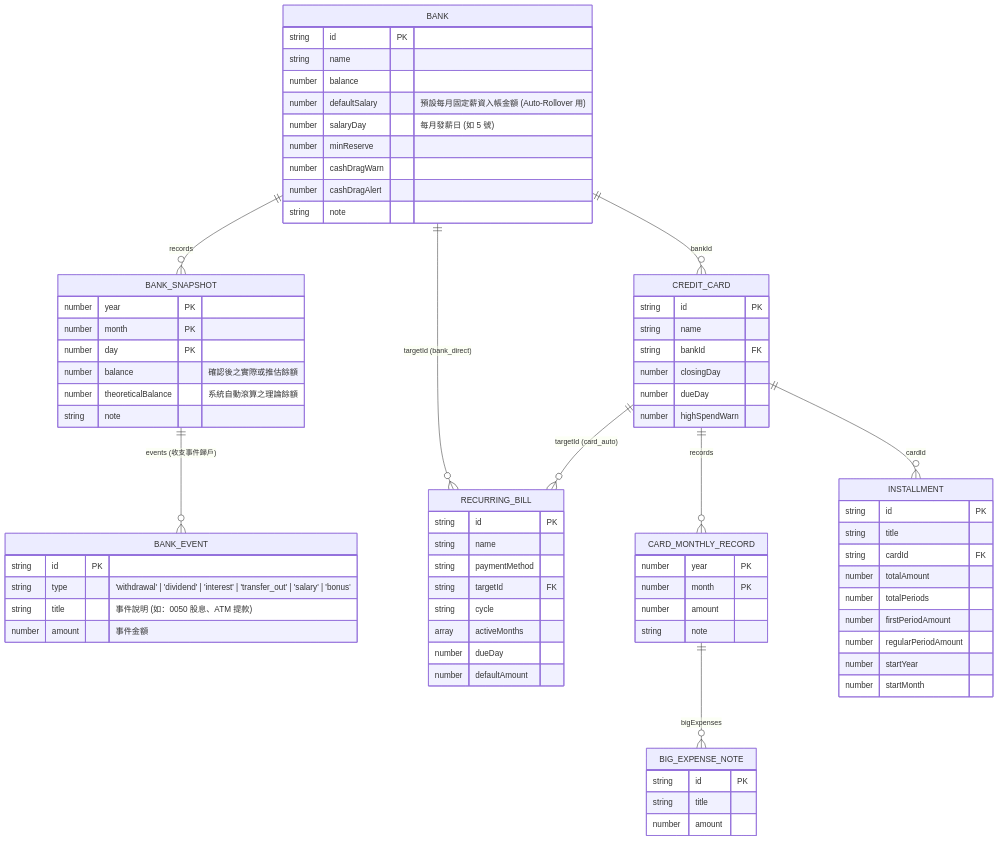
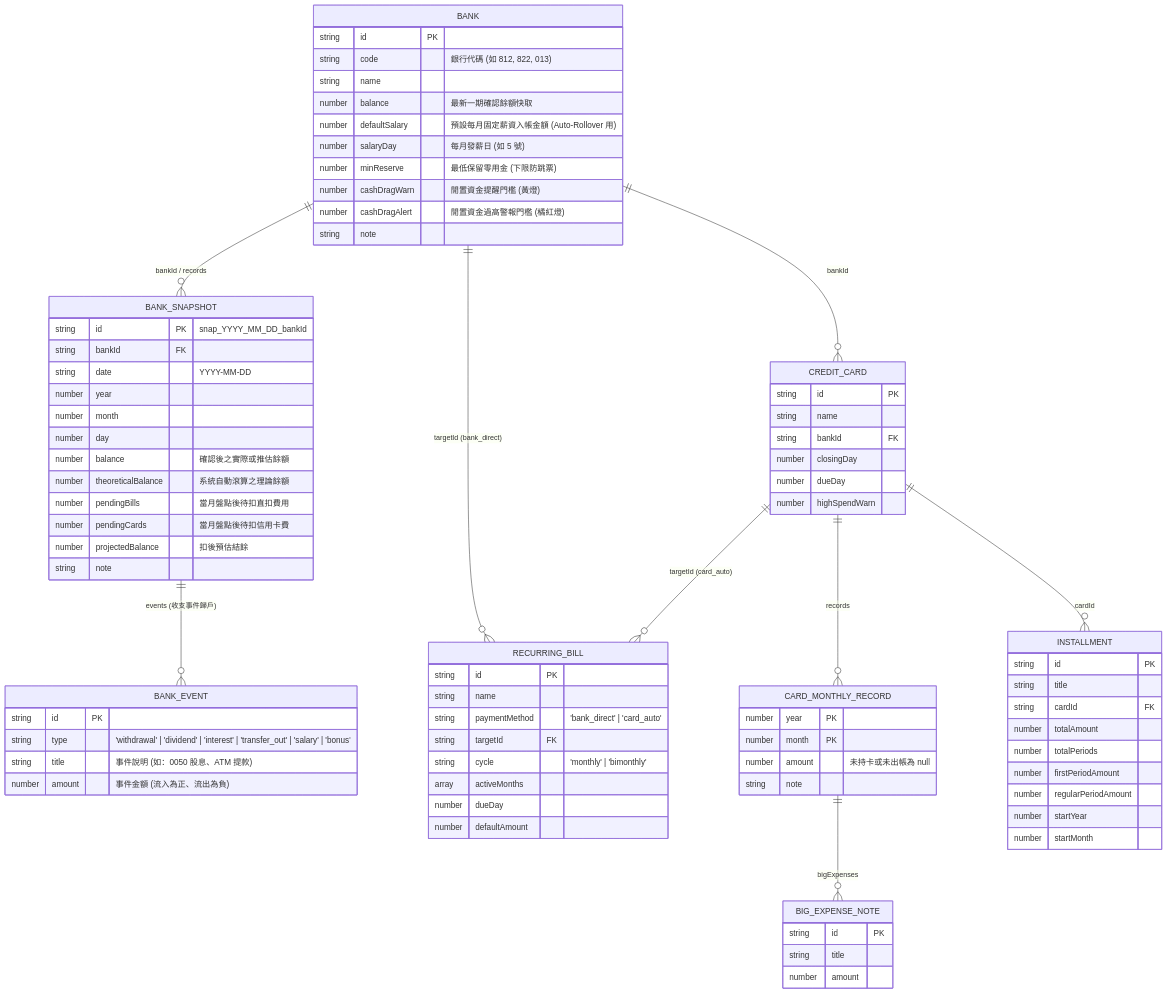
The diagram in _dev/PocketMoney/UXD.md (wiskinglin/wiskinglin.github.io), drawn with Mermaid before and after one commit. The commit also changed other lines of this file and 8 other files, not shown here.

````diff
--- a/_dev/PocketMoney/UXD.md
+++ b/_dev/PocketMoney/UXD.md
@@ -184,6 +264,6 @@
 ```mermaid
 erDiagram
-    BANK ||--o{ BANK_SNAPSHOT : "records"
+    BANK ||--o{ BANK_SNAPSHOT : "bankId / records"
     BANK_SNAPSHOT ||--o{ BANK_EVENT : "events (收支事件歸戶)"
     BANK ||--o{ CREDIT_CARD : "bankId"
     BANK ||--o{ RECURRING_BILL : "targetId (bank_direct)"
@@ -195,22 +275,29 @@
 
     BANK {
         string id PK
+        string code "銀行代碼 (如 812, 822, 013)"
         string name
-        number balance
+        number balance "最新一期確認餘額快取"
         number defaultSalary "預設每月固定薪資入帳金額 (Auto-Rollover 用)"
         number salaryDay "每月發薪日 (如 5 號)"
-        number minReserve
-        number cashDragWarn
-        number cashDragAlert
+        number minReserve "最低保留零用金 (下限防跳票)"
+        number cashDragWarn "閒置資金提醒門檻 (黃燈)"
+        number cashDragAlert "閒置資金過高警報門檻 (橘紅燈)"
         string note
     }
 
     BANK_SNAPSHOT {
-        number year PK
-        number month PK
-        number day PK
+        string id PK "snap_YYYY_MM_DD_bankId"
+        string bankId FK
+        string date "YYYY-MM-DD"
+        number year
+        number month
+        number day
         number balance "確認後之實際或推估餘額"
         number theoreticalBalance "系統自動滾算之理論餘額"
+        number pendingBills "當月盤點後待扣直扣費用"
+        number pendingCards "當月盤點後待扣信用卡費"
+        number projectedBalance "扣後預估結餘"
         string note
     }
 
@@ -218,7 +305,7 @@
         string id PK
         string type "'withdrawal' | 'dividend' | 'interest' | 'transfer_out' | 'salary' | 'bonus'"
         string title "事件說明 (如：0050 股息、ATM 提款)"
-        number amount "事件金額"
+        number amount "事件金額 (流入為正、流出為負)"
     }
 
     CREDIT_CARD {
@@ -233,7 +320,7 @@
     CARD_MONTHLY_RECORD {
         number year PK
         number month PK
-        number amount
+        number amount "未持卡或未出帳為 null"
         string note
     }
 
@@ -246,9 +333,9 @@
     RECURRING_BILL {
         string id PK
         string name
-        string paymentMethod
+        string paymentMethod "'bank_direct' | 'card_auto'"
         string targetId FK
-        string cycle
+        string cycle "'monthly' | 'bimonthly'"
         array activeMonths
         number dueDay
         number defaultAmount
````
